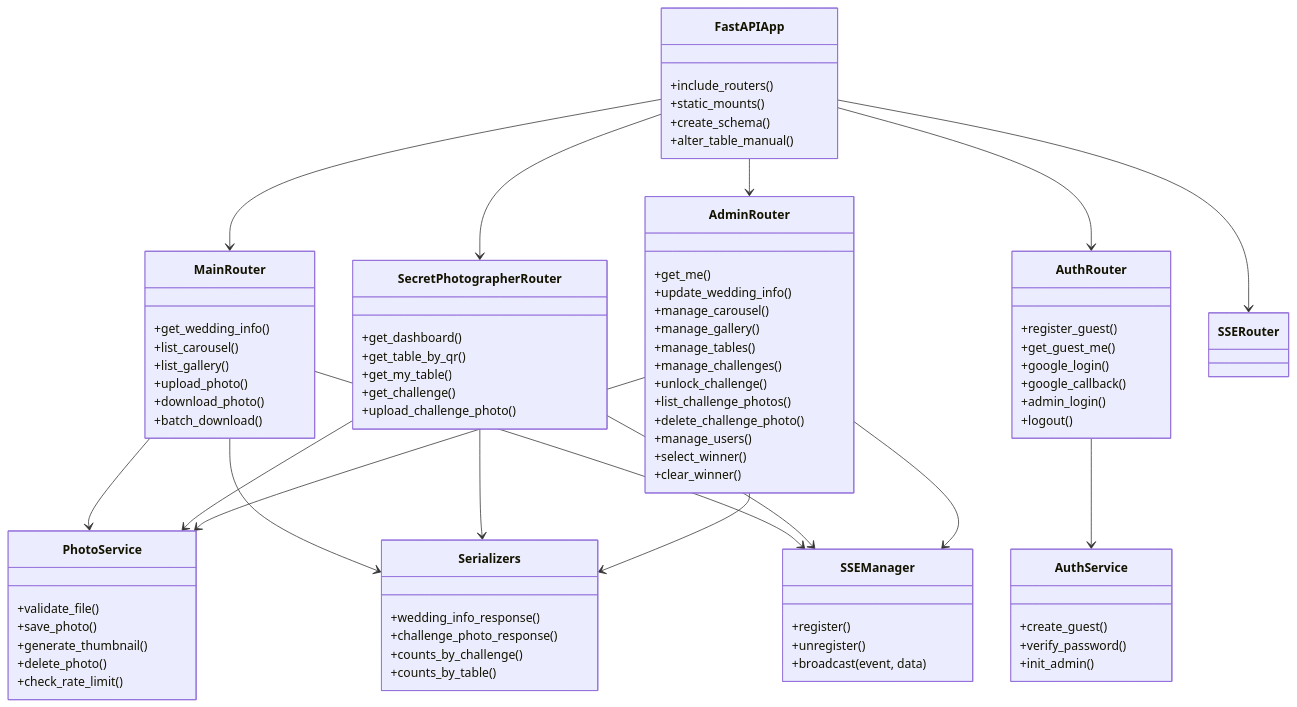
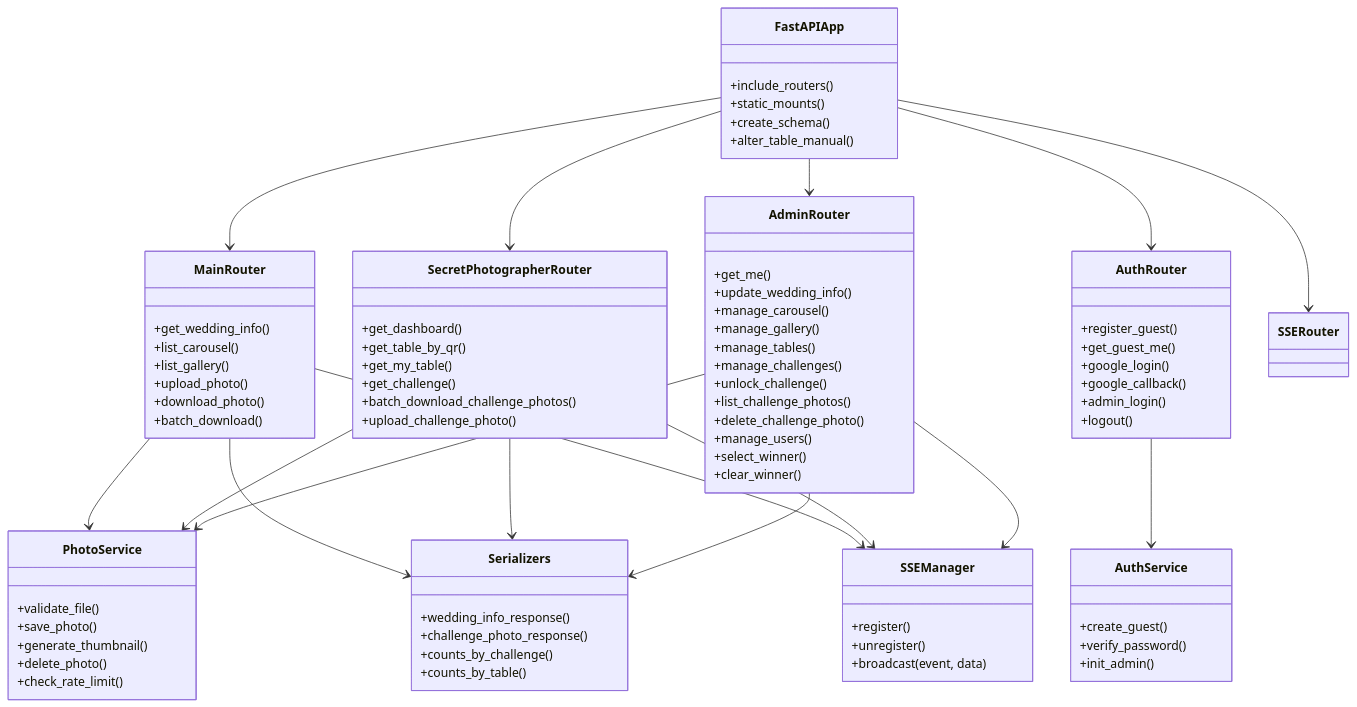
One commit to juniornff/wedding-photo-manager changed diagram 11 of 12 in README.md. Above: the diagram before and after it, drawn with Mermaid. The commit also changed other lines of this file and 9 other files, not shown here.

```diff
--- a/README.md
+++ b/README.md
@@ -430,6 +433,7 @@
         +get_table_by_qr()
         +get_my_table()
         +get_challenge()
+        +batch_download_challenge_photos()
         +upload_challenge_photo()
     }
 
```
